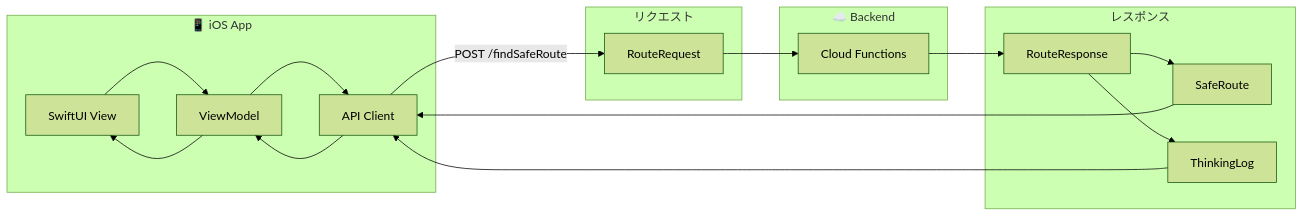
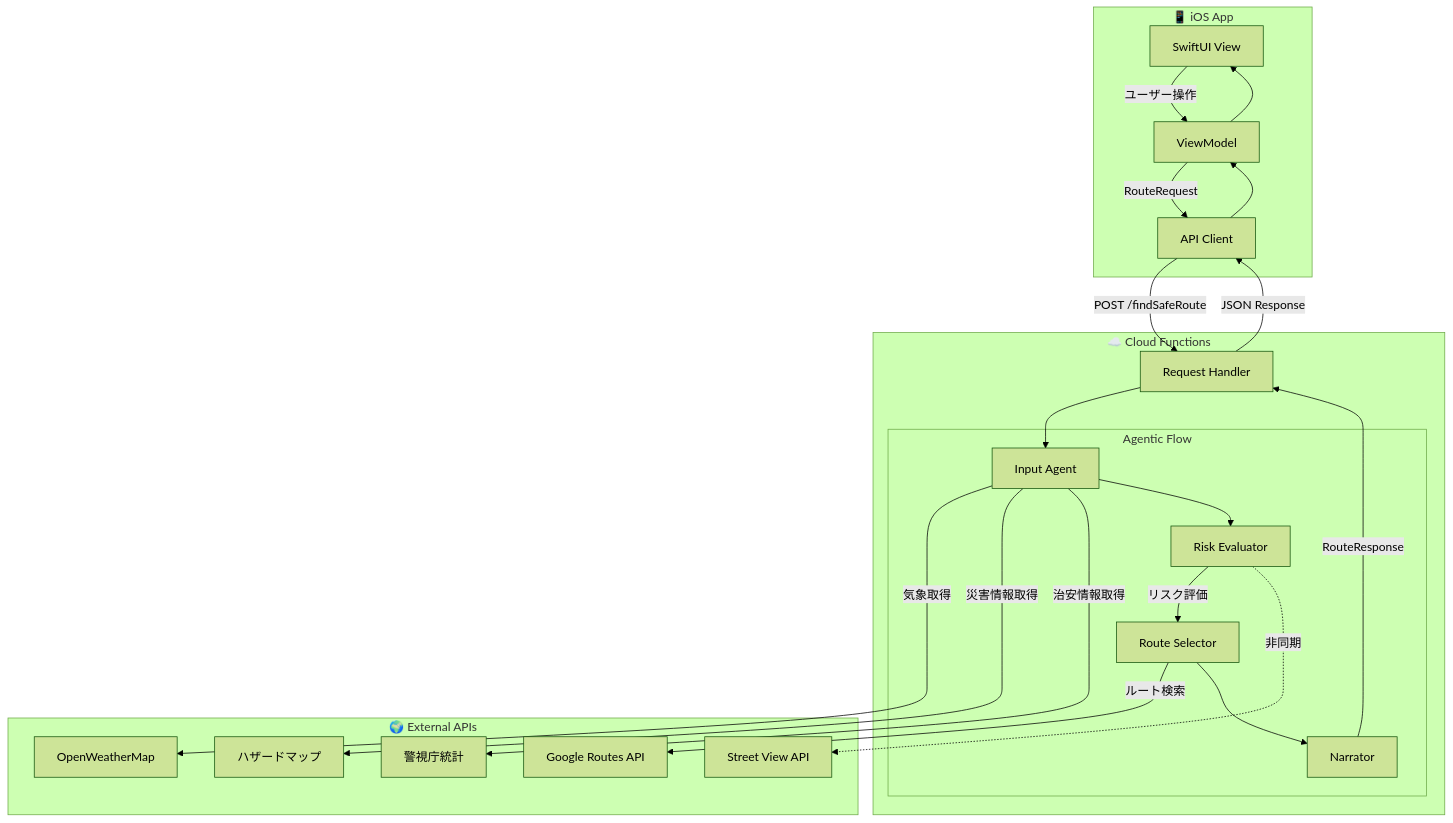
Before and after one commit to Ryg-appdev/safe-routing-ai-navigation: the first of 2 diagrams in Docs/確定/diagrams/04_データフロー.md, drawn with Mermaid (forest theme). The commit also changed other lines of this file and 4 other files, not shown here.

Commit message:
fix: 図のロジック修正（ユーザージャーニー、通常/非常時フロー、データフロー詳細化）

````diff
--- a/Docs/確定/diagrams/04_データフロー.md
+++ b/Docs/確定/diagrams/04_データフロー.md
@@ -3,32 +4,47 @@
 ```mermaid
-flowchart LR
-    subgraph Client [📱 iOS App]
-        UI[SwiftUI View]
-        VM[ViewModel]
-        API[API Client]
+flowchart TB
+    subgraph Client["📱 iOS App"]
+        UI["SwiftUI View"]
+        VM["ViewModel"]
+        APIClient["API Client"]
     end
 
-    subgraph Request [リクエスト]
-        RQ[RouteRequest]
+    subgraph Backend["☁️ Cloud Functions"]
+        Handler["Request Handler"]
+        
+        subgraph Agents["Agentic Flow"]
+            Input["Input Agent"]
+            Risk["Risk Evaluator"]
+            Route["Route Selector"]
+            Narr["Narrator"]
+        end
     end
 
-    subgraph Response [レスポンス]
-        RS[RouteResponse]
-        SR[SafeRoute]
-        TL[ThinkingLog]
+    subgraph ExternalAPIs["🌍 External APIs"]
+        Weather["OpenWeatherMap"]
+        Hazard["ハザードマップ"]
+        Police["警視庁統計"]
+        Routes["Google Routes API"]
+        SV["Street View API"]
     end
 
-    subgraph Server [☁️ Backend]
-        CF[Cloud Functions]
-    end
-
-    UI --> VM --> API
-    API -->|POST /findSafeRoute| RQ
-    RQ --> CF
-    CF --> RS
-    RS --> SR
-    RS --> TL
-    SR --> API
-    TL --> API
-    API --> VM --> UI
+    UI -->|"ユーザー操作"| VM
+    VM -->|"RouteRequest"| APIClient
+    APIClient -->|"POST /findSafeRoute"| Handler
+    
+    Handler --> Input
+    Input -->|"気象取得"| Weather
+    Input -->|"災害情報取得"| Hazard
+    Input -->|"治安情報取得"| Police
+    
+    Input --> Risk
+    Risk -->|"リスク評価"| Route
+    Route -->|"ルート検索"| Routes
+    Route --> Narr
+    
+    Narr -->|"RouteResponse"| Handler
+    Handler -->|"JSON Response"| APIClient
+    APIClient --> VM --> UI
+    
+    Risk -.->|"非同期"| SV
 ```
````
